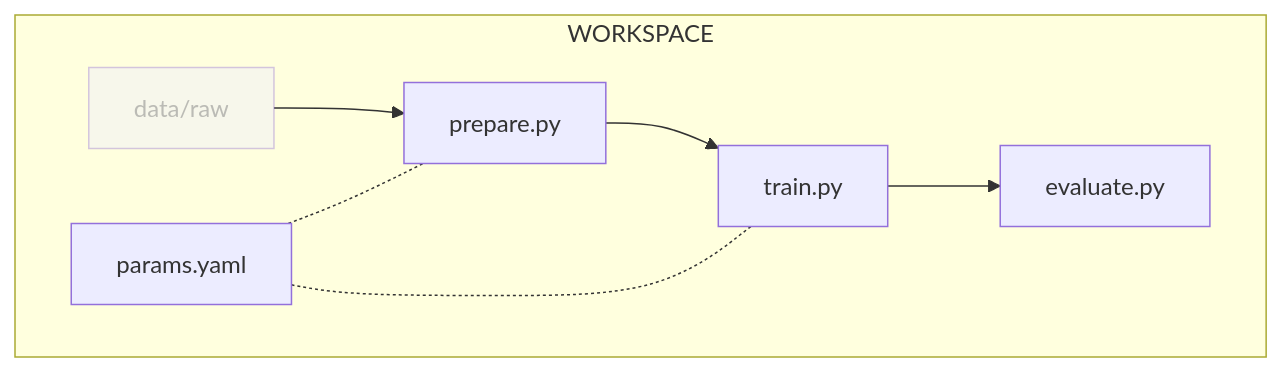
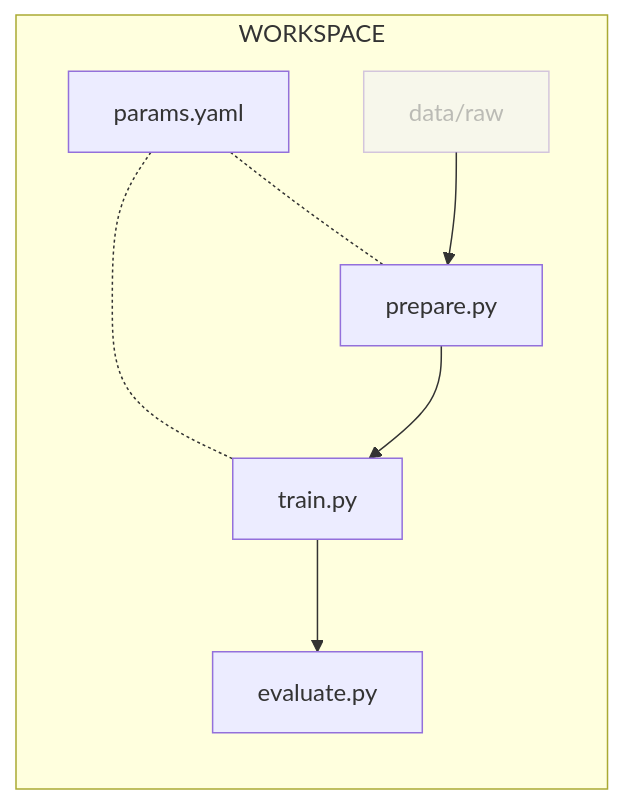
The diagram in docs/part-1-local-training-and-model-evaluation/chapter-2-adapt-and-move-the-jupyter-notebook-to-python-scripts.md (swiss-ai-center/a-guide-to-mlops), drawn with Mermaid before and after one commit. The commit also changed 4 other files, not shown here.

Commit message:
Update mermaid graphs for consistency

````diff
--- a/docs/part-1-local-training-and-model-evaluation/chapter-2-adapt-and-move-the-jupyter-notebook-to-python-scripts.md
+++ b/docs/part-1-local-training-and-model-evaluation/chapter-2-adapt-and-move-the-jupyter-notebook-to-python-scripts.md
@@ -28,11 +28,11 @@
 ```mermaid
-flowchart
+flowchart LR
     subgraph workspaceGraph[WORKSPACE]
-        data[data/raw] --> prepare
         prepare[prepare.py] --> train
         train[train.py] --> evaluate[evaluate.py]
         params[params.yaml] -.- prepare
         params -.- train
+        data[data/raw] --> prepare
     end
     style data opacity:0.4,color:#7f7f7f80
 ```
````
